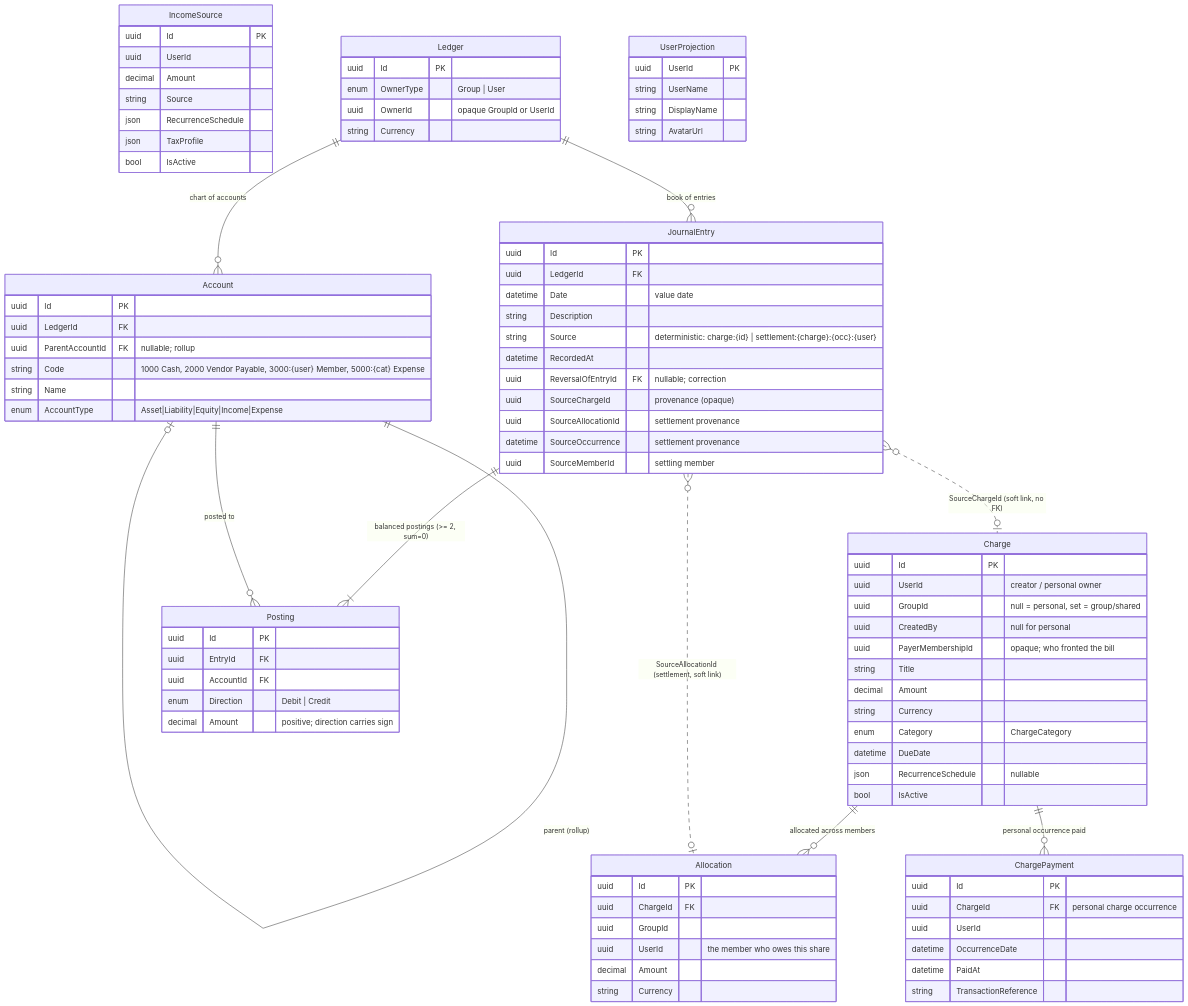
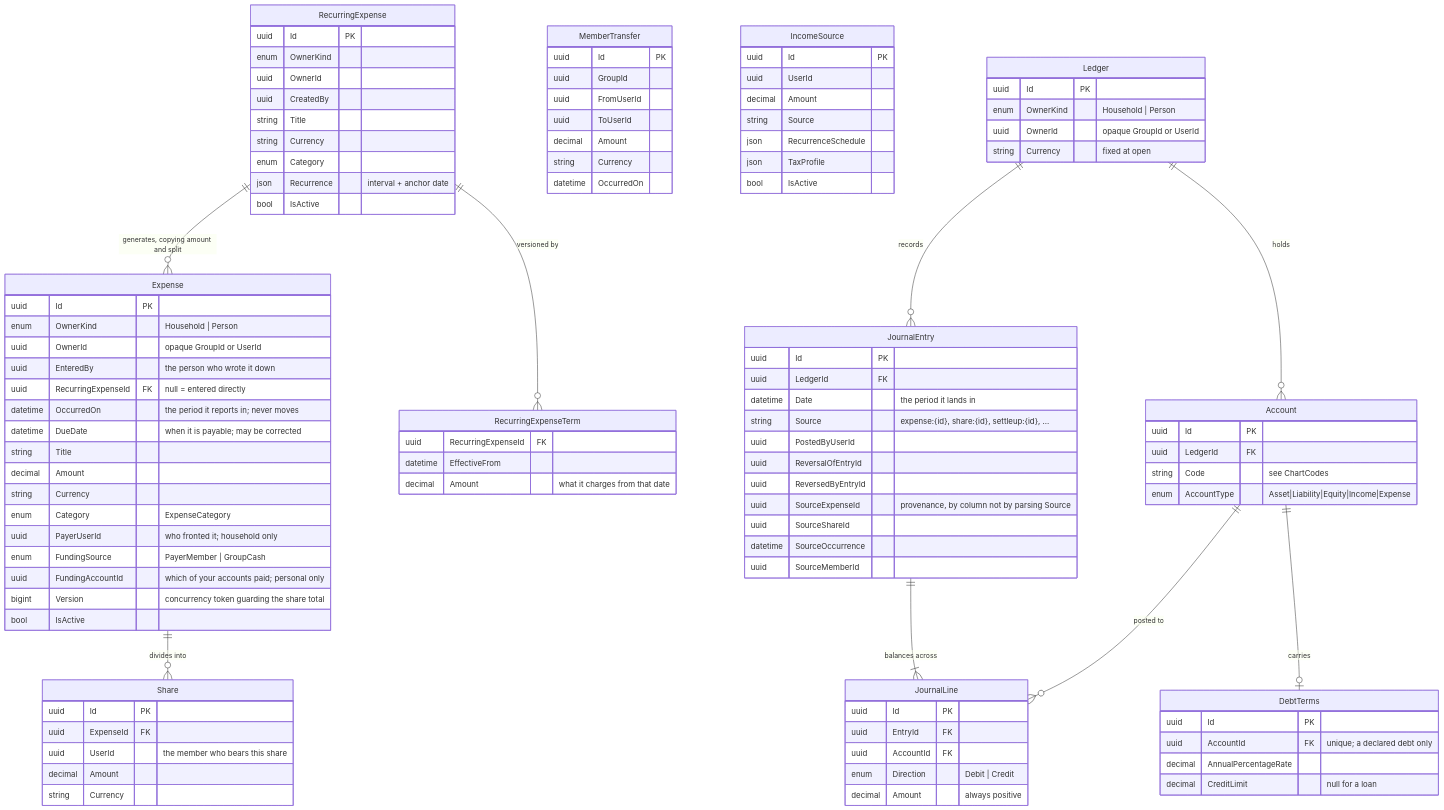
One commit to hkarpinen/portfolio-finance changed the diagram in docs/Domain.md. Above: the diagram before and after it, drawn with Mermaid. The commit also changed other lines of this file and 20 other files, not shown here.

````diff
--- a/docs/Domain.md
+++ b/docs/Domain.md
@@ -11,34 +15,54 @@
 ```mermaid
 erDiagram
-    Charge {
+    Expense {
         uuid Id PK
-        uuid UserId "creator / personal owner"
-        uuid GroupId "null = personal, set = group/shared"
-        uuid CreatedBy "null for personal"
-        uuid PayerMembershipId "opaque; who fronted the bill"
+        enum OwnerKind "Household | Person"
+        uuid OwnerId "opaque GroupId or UserId"
+        uuid EnteredBy "the person who wrote it down"
+        uuid RecurringExpenseId FK "null = entered directly"
+        datetime OccurredOn "the period it reports in; never moves"
+        datetime DueDate "when it is payable; may be corrected"
         string Title
         decimal Amount
         string Currency
-        enum Category "ChargeCategory"
-        datetime DueDate
-        json RecurrenceSchedule "nullable"
+        enum Category "ExpenseCategory"
+        uuid PayerUserId "who fronted it; household only"
+        enum FundingSource "PayerMember | GroupCash"
+        uuid FundingAccountId "which of your accounts paid; personal only"
+        bigint Version "concurrency token guarding the share total"
         bool IsActive
     }
-    Allocation {
+    Share {
         uuid Id PK
-        uuid ChargeId FK
-        uuid GroupId
-        uuid UserId "the member who owes this share"
+        uuid ExpenseId FK
+        uuid UserId "the member who bears this share"
         decimal Amount
         string Currency
     }
-    ChargePayment {
+    RecurringExpense {
         uuid Id PK
-        uuid ChargeId FK "personal charge occurrence"
-        uuid UserId
-        datetime OccurrenceDate
-        datetime PaidAt
-        string TransactionReference
+        enum OwnerKind
+        uuid OwnerId
+        uuid CreatedBy
+        string Title
+        string Currency
+        enum Category
+        json Recurrence "interval + anchor date"
+        bool IsActive
+    }
+    RecurringExpenseTerm {
+        uuid RecurringExpenseId FK
+        datetime EffectiveFrom
+        decimal Amount "what it charges from that date"
+    }
+    MemberTransfer {
+        uuid Id PK
+        uuid GroupId
+        uuid FromUserId
+        uuid ToUserId
+        decimal Amount
+        string Currency
+        datetime OccurredOn
     }
     IncomeSource {
         uuid Id PK
@@ -51,52 +75,49 @@
     }
     Ledger {
         uuid Id PK
-        enum OwnerType "Group | User"
+        enum OwnerKind "Household | Person"
         uuid OwnerId "opaque GroupId or UserId"
-        string Currency
+        string Currency "fixed at open"
     }
     Account {
         uuid Id PK
         uuid LedgerId FK
-        uuid ParentAccountId FK "nullable; rollup"
-        string Code "1000 Cash, 2000 Vendor Payable, 3000:{user} Member, 5000:{cat} Expense"
-        string Name
+        string Code "see ChartCodes"
         enum AccountType "Asset|Liability|Equity|Income|Expense"
     }
     JournalEntry {
         uuid Id PK
         uuid LedgerId FK
-        datetime Date "value date"
-        string Description
-        string Source "deterministic: charge:{id} | settlement:{charge}:{occ}:{user}"
-        datetime RecordedAt
-        uuid ReversalOfEntryId FK "nullable; correction"
-        uuid SourceChargeId "provenance (opaque)"
-        uuid SourceAllocationId "settlement provenance"
-        datetime SourceOccurrence "settlement provenance"
-        uuid SourceMemberId "settling member"
+        datetime Date "the period it lands in"
+        string Source "expense:{id}, share:{id}, settleup:{id}, ..."
+        uuid PostedByUserId
+        uuid ReversalOfEntryId
+        uuid ReversedByEntryId
+        uuid SourceExpenseId "provenance, by column not by parsing Source"
+        uuid SourceShareId
+        datetime SourceOccurrence
+        uuid SourceMemberId
     }
-    Posting {
+    JournalLine {
         uuid Id PK
         uuid EntryId FK
         uuid AccountId FK
         enum Direction "Debit | Credit"
-        decimal Amount "positive; direction carries sign"
+        decimal Amount "always positive"
     }
-    UserProjection {
-        uuid UserId PK
-        string UserName
-        string DisplayName
-        string AvatarUrl
+    DebtTerms {
+        uuid Id PK
+        uuid AccountId FK "unique; a declared debt only"
+        decimal AnnualPercentageRate
+        decimal CreditLimit "null for a loan"
     }
 
-    Charge        ||--o{ Allocation    : "allocated across members"
-    Charge        ||--o{ ChargePayment : "personal occurrence paid"
-    Ledger        ||--o{ Account       : "chart of accounts"
-    Ledger        ||--o{ JournalEntry  : "book of entries"
-    Account       ||--o| Account       : "parent (rollup)"
-    JournalEntry  ||--|{ Posting       : "balanced postings (>= 2, sum=0)"
-    Account       ||--o{ Posting       : "posted to"
-    JournalEntry  }o..o| Charge        : "SourceChargeId (soft link, no FK)"
-    JournalEntry  }o..o| Allocation    : "SourceAllocationId (settlement, soft link)"
+    RecurringExpense ||--o{ RecurringExpenseTerm : "versioned by"
+    RecurringExpense ||--o{ Expense : "generates, copying amount and split"
+    Expense ||--o{ Share : "divides into"
+    Ledger ||--o{ Account : holds
+    Ledger ||--o{ JournalEntry : records
+    JournalEntry ||--|{ JournalLine : "balances across"
+    Account ||--o{ JournalLine : "posted to"
+    Account ||--o| DebtTerms : "carries"
 ```
````
